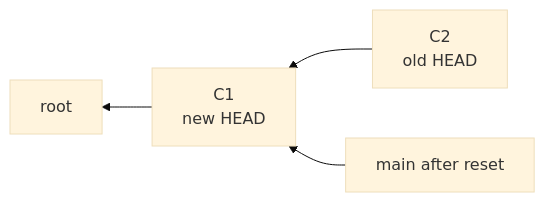
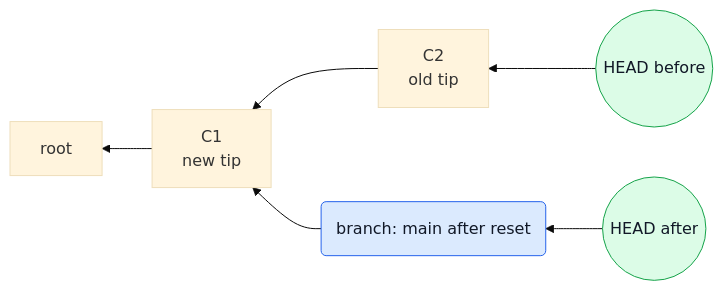
Before and after one commit to Lax125/gitscript: the sixth of 9 diagrams in docs/spec.md, drawn with Mermaid (base theme). The commit also changed other lines of this file, not shown here.

Commit message:
improve graphs in spec

````diff
--- a/docs/spec.md
+++ b/docs/spec.md
@@ -467,6 +487,13 @@
 ```mermaid
 flowchart RL
-    C2["C2\nold HEAD"] --> C1["C1\nnew HEAD"]
+    C2["C2\nold tip"] --> C1["C1\nnew tip"]
     C1 --> C0["root"]
-    main["main after reset"] --> C1
+    OldHead(("HEAD before")) --> C2
+    Head(("HEAD after")) --> MainBranch("branch: main after reset")
+    MainBranch --> C1
+
+    classDef branch fill:#dbeafe,stroke:#2563eb,color:#111827
+    classDef head fill:#dcfce7,stroke:#16a34a,color:#111827
+    class MainBranch branch
+    class OldHead,Head head
 ```
````
